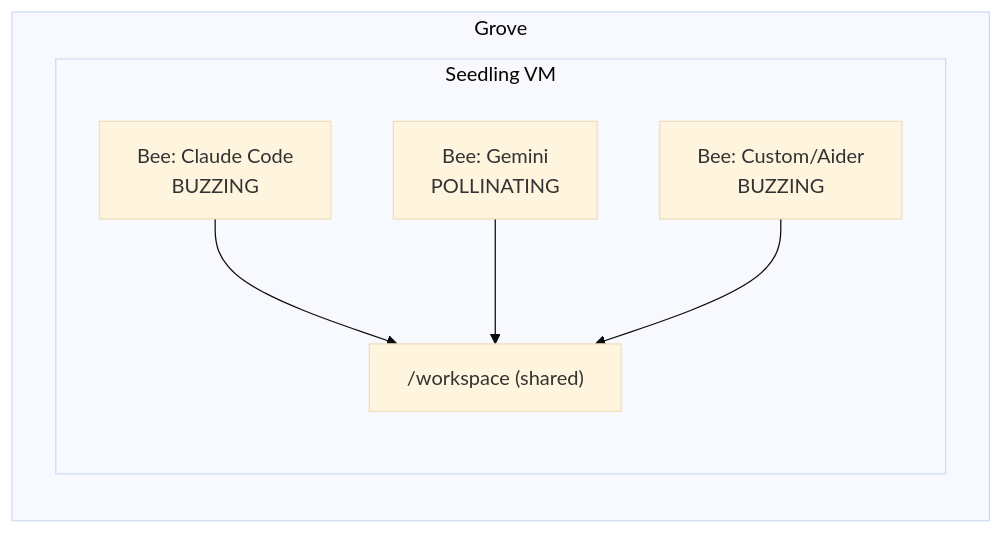
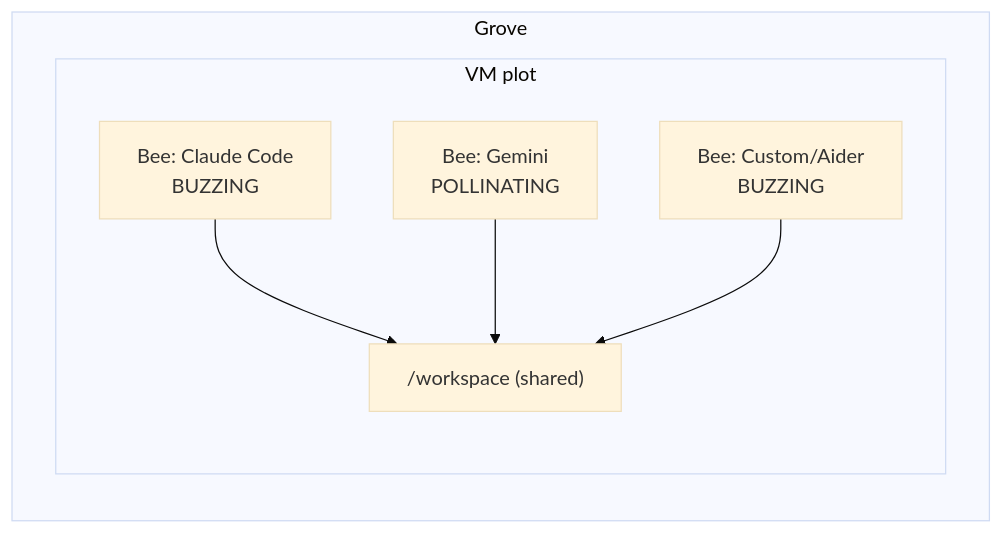
The fourth of 6 diagrams in docs/architecture/bee-architecture.md (orchard-cde/orchard), drawn with Mermaid (base theme) before and after one commit. The commit also changed other lines of this file and 106 other files, not shown here.

````diff
--- a/docs/architecture/bee-architecture.md
+++ b/docs/architecture/bee-architecture.md
@@ -372,15 +372,15 @@
 ```mermaid
 graph LR
     subgraph Grove
-        subgraph VM[Seedling VM]
+        subgraph VM[VM plot]
             direction TB
             WS["/workspace (shared)"]
             B1[Bee: Claude Code<br/>BUZZING]
             B2[Bee: Gemini<br/>POLLINATING]
             B3[Bee: Custom/Aider<br/>BUZZING]
         end
     end
     B1 --> WS
     B2 --> WS
     B3 --> WS
 ```
````
